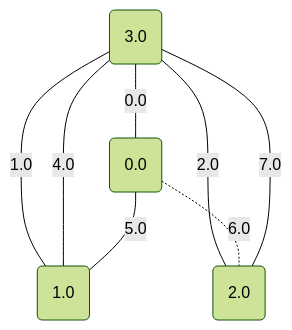
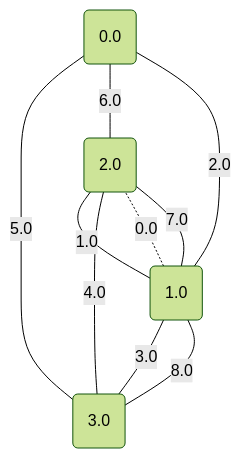
Before and after one commit to metury/graphs: diagram 14 of 17 in project/src/testing/minCutPetersen.md, drawn with Mermaid (forest theme). The commit also changed other lines of this file and 78 other files, not shown here.

````diff
--- a/project/src/testing/minCutPetersen.md
+++ b/project/src/testing/minCutPetersen.md
@@ -354,14 +356,16 @@
 ```mermaid
 graph TD;
 0("0.0");
 1("1.0");
 2("2.0");
 3("3.0");
-	3 -- "0.0" --- 0;
-	3 -- "1.0" --- 1;
-	3 -- "2.0" --- 2;
-	3 -- "4.0" --- 1;
-	0 -- "5.0" --- 1;
-	0 -. "6.0" -.- 2;
-	3 -- "7.0" --- 2;
+	1 -. "0.0" -.- 2;
+	2 -- "1.0" --- 1;
+	1 -- "2.0" --- 0;
+	1 -- "3.0" --- 3;
+	2 -- "4.0" --- 3;
+	0 -- "5.0" --- 3;
+	0 -- "6.0" --- 2;
+	1 -- "7.0" --- 2;
+	1 -- "8.0" --- 3;
 ```
````
